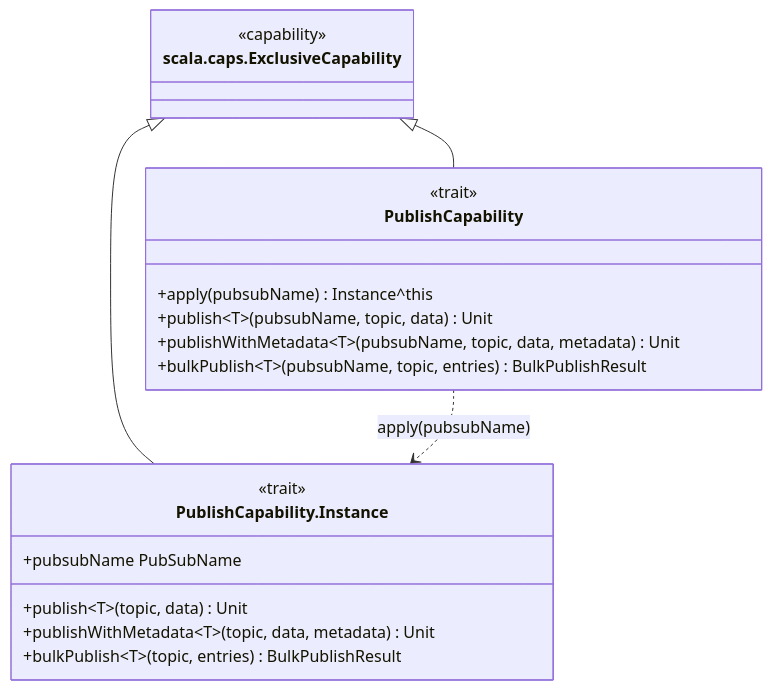
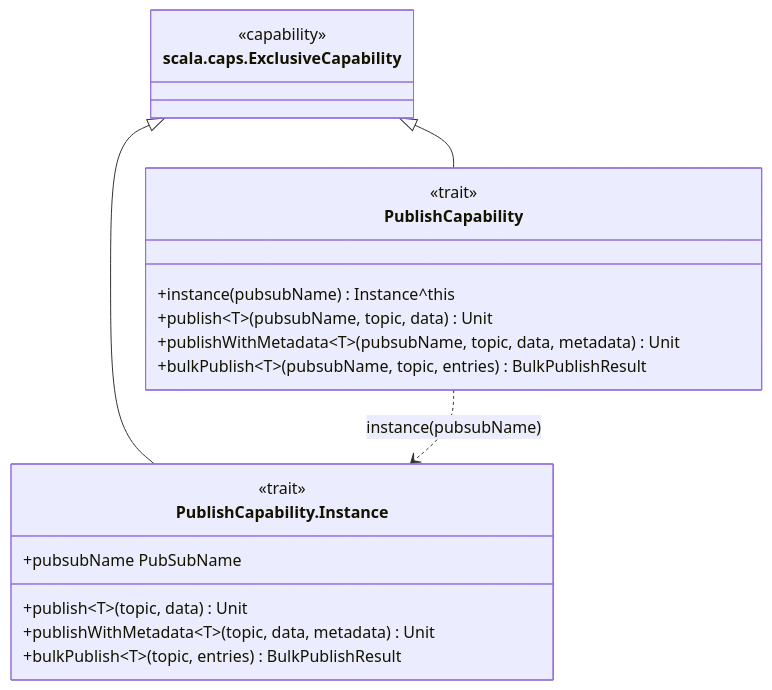
One commit to sideeffffect/dapr4s changed the seventh of 15 diagrams in docs/CAPABILITY-HIERARCHY.md. Above: the diagram before and after it, drawn with Mermaid. The commit also changed other lines of this file and 26 other files, not shown here.

Commit message:
docs: instance(name)/forType narrowing in scaladoc, docs and spec

````diff
--- a/docs/CAPABILITY-HIERARCHY.md
+++ b/docs/CAPABILITY-HIERARCHY.md
@@ -311,25 +311,25 @@
 ```mermaid
 classDiagram
     direction TB
     class ExclusiveCapability["scala.caps.ExclusiveCapability"]
     <<capability>> ExclusiveCapability
 
     class PublishCapability {
         <<trait>>
-        +apply(pubsubName) Instance^this
+        +instance(pubsubName) Instance^this
         +publish~T~(pubsubName, topic, data) Unit
         +publishWithMetadata~T~(pubsubName, topic, data, metadata) Unit
         +bulkPublish~T~(pubsubName, topic, entries) BulkPublishResult
     }
 
     class PublishCapability_Instance["PublishCapability.Instance"]
     <<trait>> PublishCapability_Instance
     PublishCapability_Instance : +pubsubName PubSubName
     PublishCapability_Instance : +publish~T~(topic, data) Unit
     PublishCapability_Instance : +publishWithMetadata~T~(topic, data, metadata) Unit
     PublishCapability_Instance : +bulkPublish~T~(topic, entries) BulkPublishResult
 
     ExclusiveCapability <|-- PublishCapability
     ExclusiveCapability <|-- PublishCapability_Instance
-    PublishCapability ..> PublishCapability_Instance : apply(pubsubName)
+    PublishCapability ..> PublishCapability_Instance : instance(pubsubName)
 ```
````
